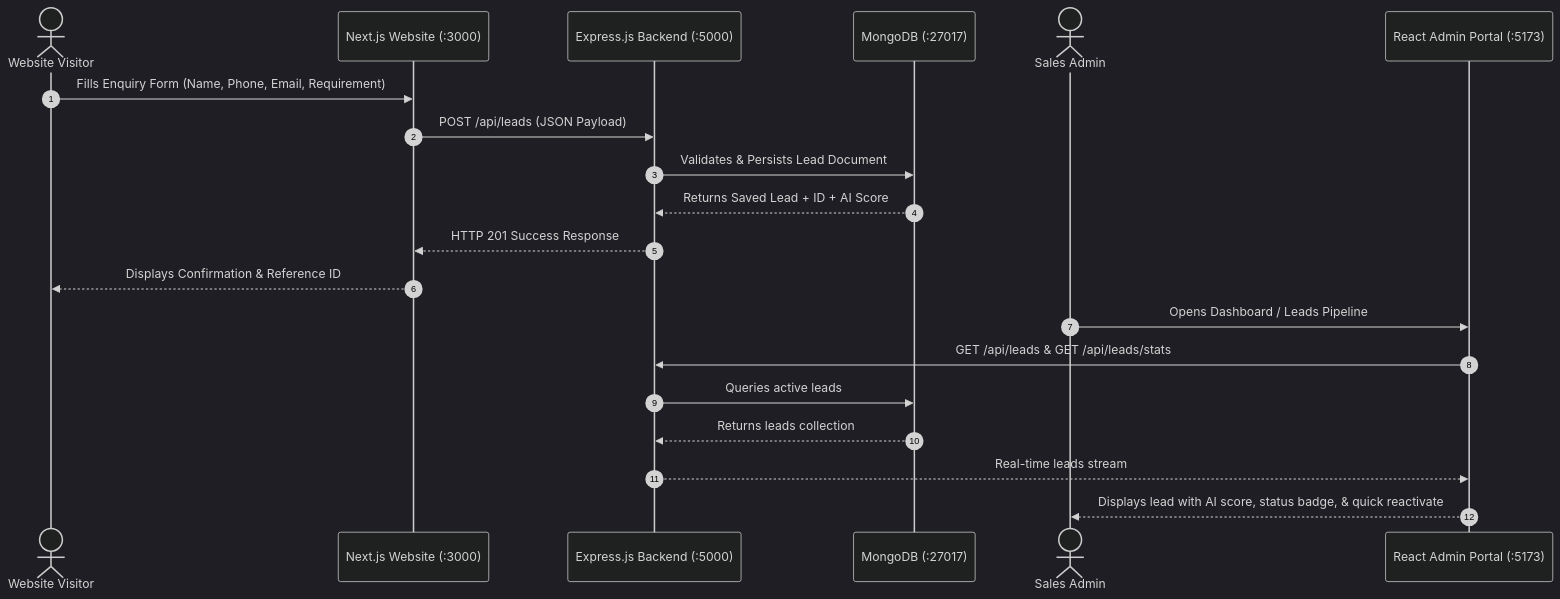
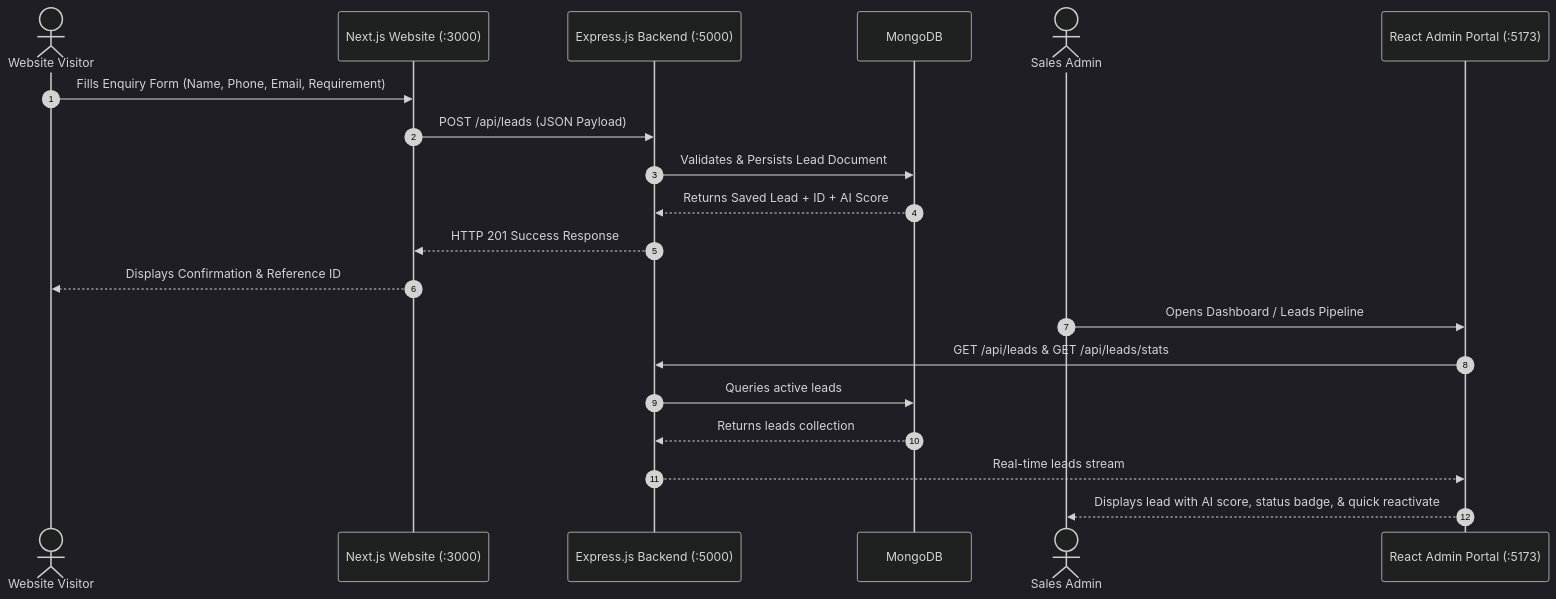
One commit to amitkumaryadav2672/ai-lead-reactivator changed the diagram in README.md. Above: the diagram before and after it, drawn with Mermaid (dark theme). The commit also changed other lines of this file and 5 other files, not shown here.

````diff
--- a/README.md
+++ b/README.md
@@ -9,24 +9,24 @@
 ```mermaid
 sequenceDiagram
     autonumber
     actor User as Website Visitor
     participant Web as Next.js Website (:3000)
     participant API as Express.js Backend (:5000)
-    participant DB as MongoDB (:27017)
+    participant DB as MongoDB
     actor Admin as Sales Admin
     participant Portal as React Admin Portal (:5173)
 
     User->>Web: Fills Enquiry Form (Name, Phone, Email, Requirement)
     Web->>API: POST /api/leads (JSON Payload)
     API->>DB: Validates & Persists Lead Document
     DB-->>API: Returns Saved Lead + ID + AI Score
     API-->>Web: HTTP 201 Success Response
     Web-->>User: Displays Confirmation & Reference ID
 
     Admin->>Portal: Opens Dashboard / Leads Pipeline
     Portal->>API: GET /api/leads & GET /api/leads/stats
     API->>DB: Queries active leads
     DB-->>API: Returns leads collection
     API-->>Portal: Real-time leads stream
     Portal-->>Admin: Displays lead with AI score, status badge, & quick reactivate
 ```
````
